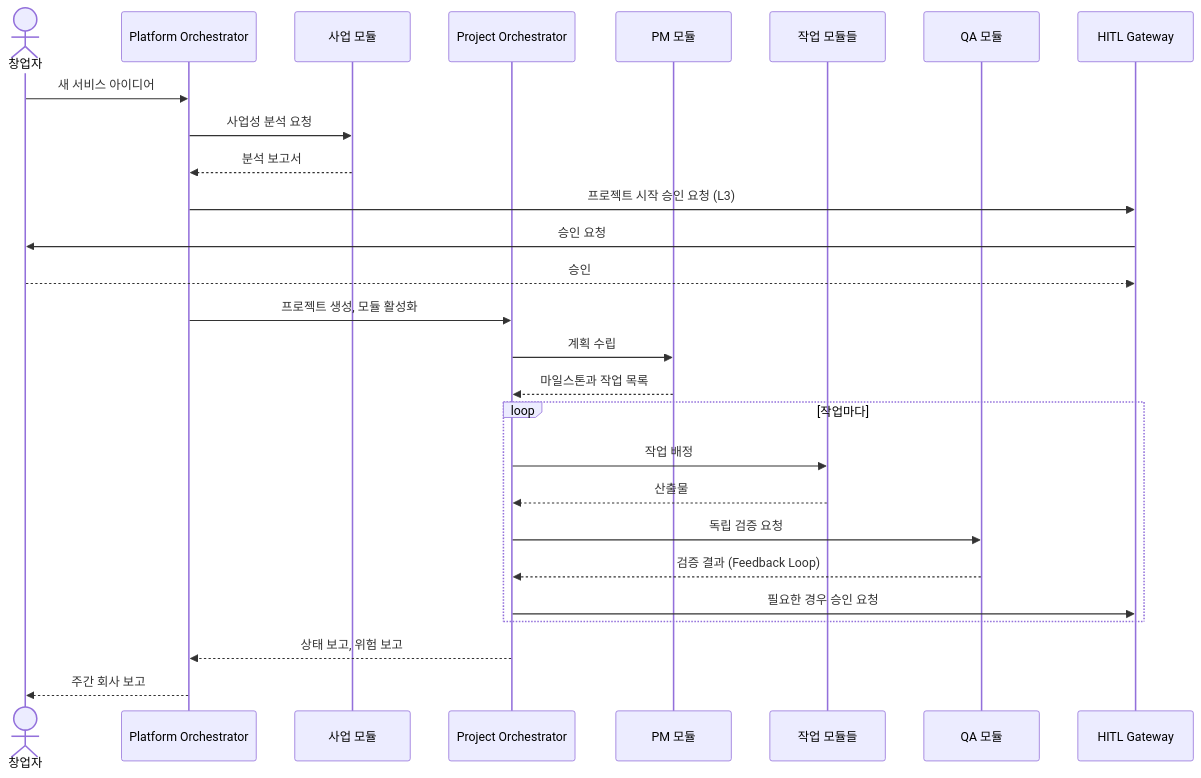
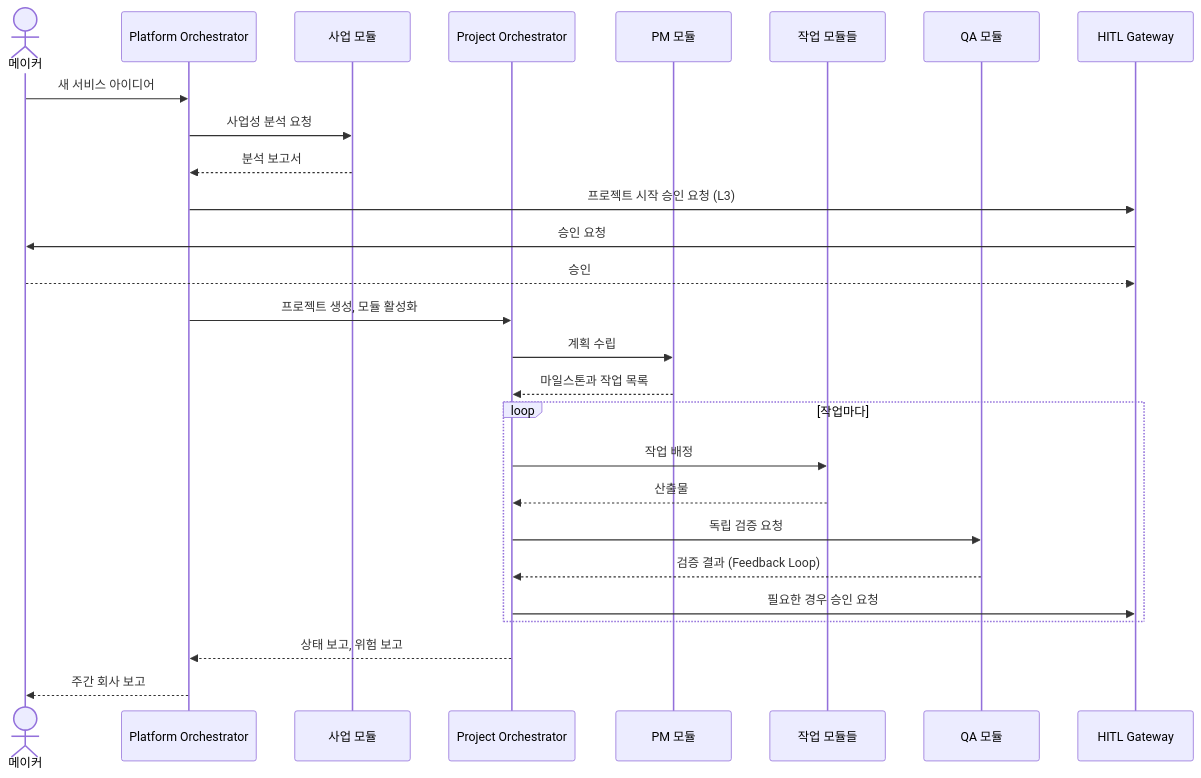
Before and after one commit to ysjee141/flywheel: the sixth of 13 diagrams in plan-draft.md, drawn with Mermaid. The commit also changed other lines of this file and 1 other file, not shown here.

````diff
--- a/plan-draft.md
+++ b/plan-draft.md
@@ -414,30 +415,30 @@
 ```mermaid
 sequenceDiagram
-  actor F as 창업자
+  actor F as 메이커
   participant PO as Platform Orchestrator
   participant BIZ as 사업 모듈
   participant JO as Project Orchestrator
   participant PM as PM 모듈
   participant M as 작업 모듈들
   participant Q as QA 모듈
   participant G as HITL Gateway
 
   F->>PO: 새 서비스 아이디어
   PO->>BIZ: 사업성 분석 요청
   BIZ-->>PO: 분석 보고서
   PO->>G: 프로젝트 시작 승인 요청 (L3)
   G->>F: 승인 요청
   F-->>G: 승인
   PO->>JO: 프로젝트 생성, 모듈 활성화
   JO->>PM: 계획 수립
   PM-->>JO: 마일스톤과 작업 목록
   loop 작업마다
     JO->>M: 작업 배정
     M-->>JO: 산출물
     JO->>Q: 독립 검증 요청
     Q-->>JO: 검증 결과 (Feedback Loop)
     JO->>G: 필요한 경우 승인 요청
   end
   JO-->>PO: 상태 보고, 위험 보고
   PO-->>F: 주간 회사 보고
 ```
````
